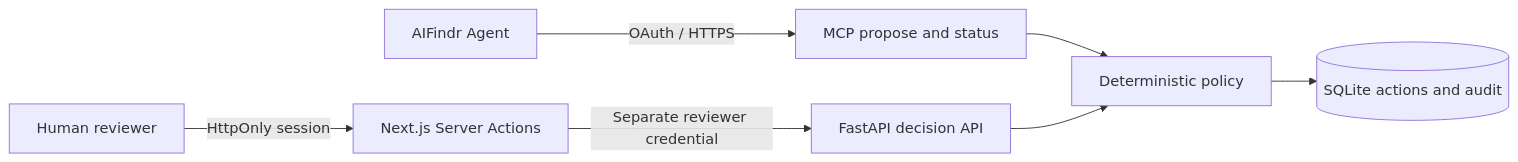
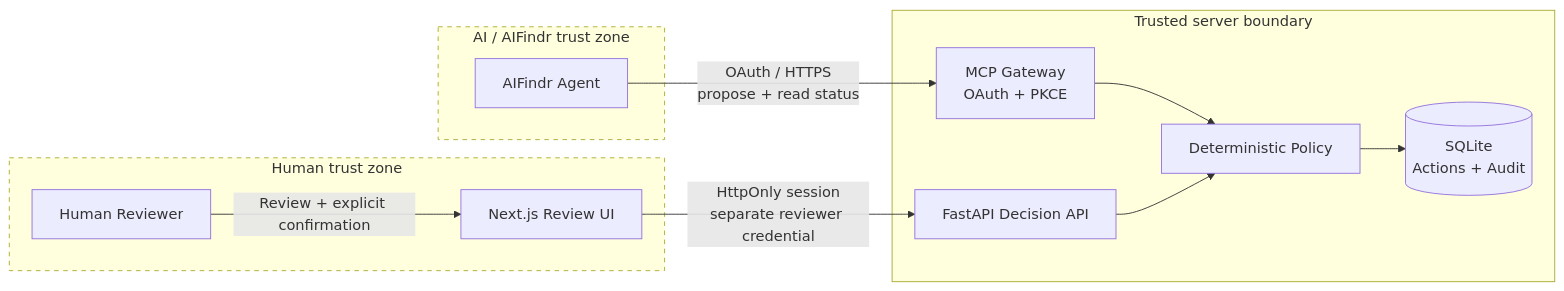
The first of 3 diagrams in README.md (mikeldev0/bank-assistant), drawn with Mermaid before and after one commit. The commit also changed other lines of this file, not shown here.

````diff
--- a/README.md
+++ b/README.md
@@ -116,9 +48,28 @@
 ```mermaid
 flowchart LR
-    A[AIFindr Agent] -->|OAuth / HTTPS| M[MCP propose and status]
-    H[Human reviewer] -->|HttpOnly session| N[Next.js Server Actions]
-    N -->|Separate reviewer credential| F[FastAPI decision API]
-    M --> D[Deterministic policy]
-    F --> D
-    D --> S[(SQLite actions and audit)]
+    subgraph AI["AI / AIFindr trust zone"]
+        A[AIFindr Agent]
+    end
+
+    subgraph HUMAN["Human trust zone"]
+        H[Human Reviewer]
+        UI[Next.js Review UI]
+    end
+
+    subgraph SERVER["Trusted server boundary"]
+        MCP[MCP Gateway<br/>OAuth + PKCE]
+        API[FastAPI Decision API]
+        POLICY[Deterministic Policy]
+        DB[(SQLite<br/>Actions + Audit)]
+    end
+
+    A -->|OAuth / HTTPS<br/>propose + read status| MCP
+    H -->|Review + explicit confirmation| UI
+    UI -->|HttpOnly session<br/>separate reviewer credential| API
+    MCP --> POLICY
+    API --> POLICY
+    POLICY --> DB
+
+    style AI stroke-dasharray: 5 5
+    style HUMAN stroke-dasharray: 5 5
 ```
````
